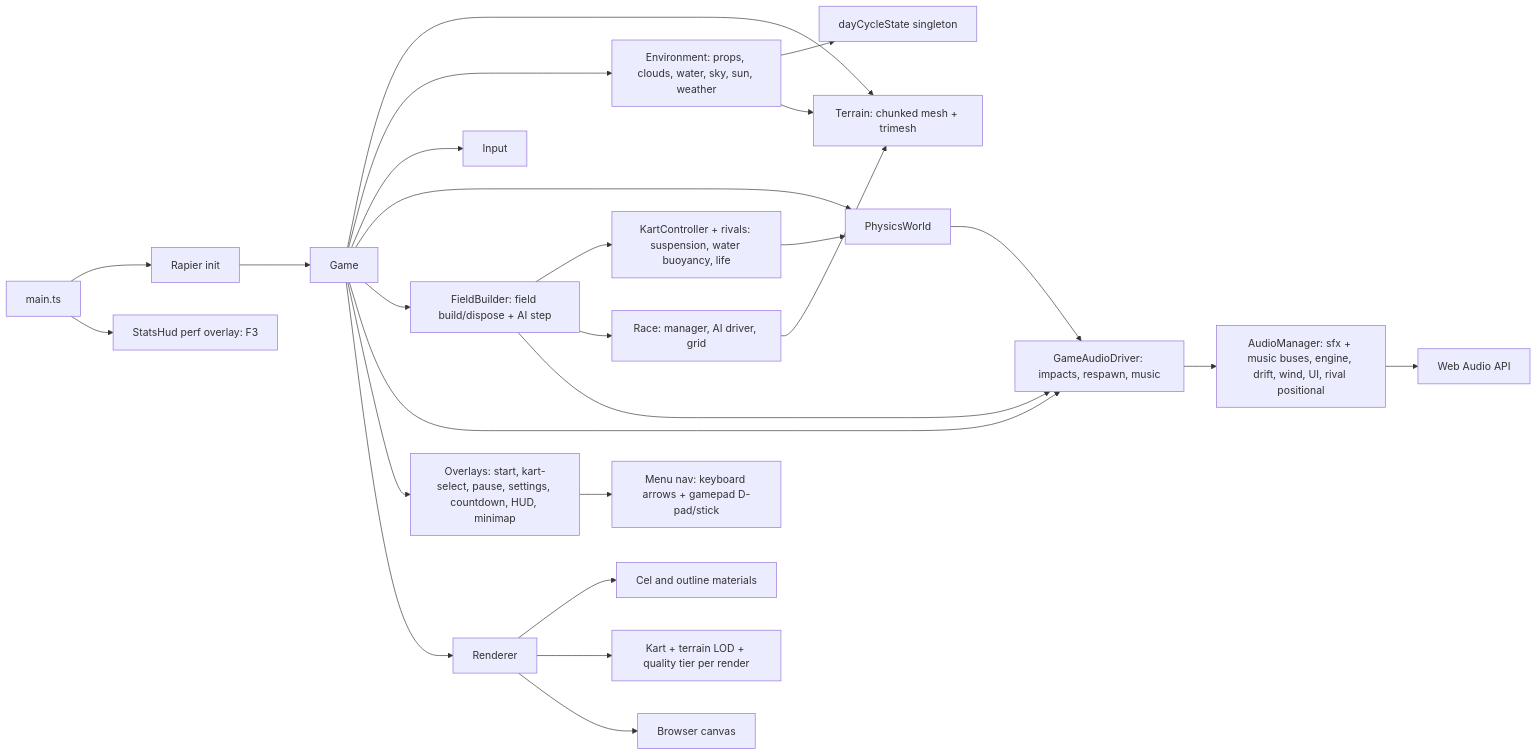
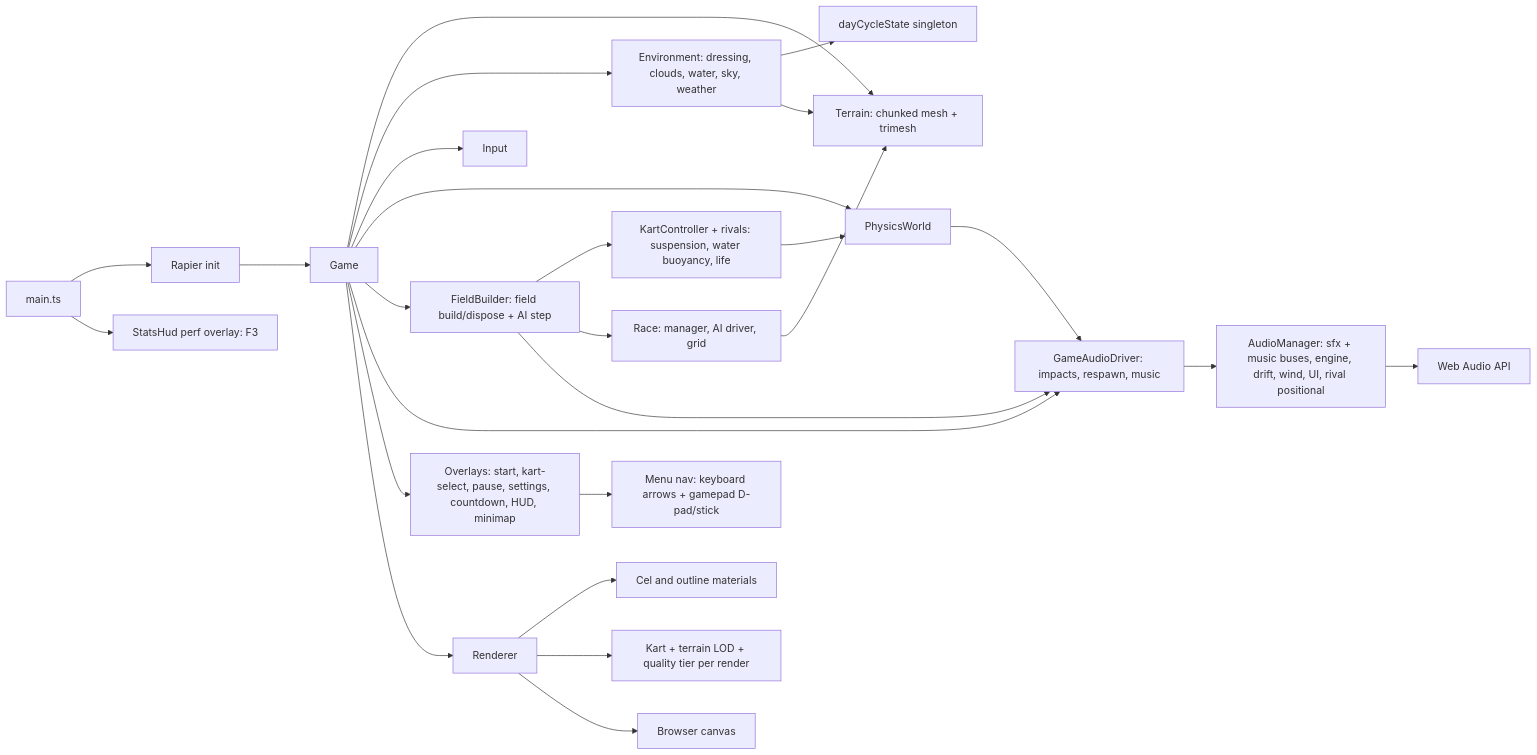
Before and after one commit to jjgroenendijk/cart-game: the diagram in AGENTS.md, drawn with Mermaid. The commit also changed other lines of this file and 30 other files, not shown here.

````diff
--- a/AGENTS.md
+++ b/AGENTS.md
@@ -24,28 +24,28 @@
 ```mermaid
 flowchart LR
   main[main.ts] --> rapier[Rapier init]
   rapier --> game[Game]
   game --> terrain[Terrain: chunked mesh + trimesh]
-  game --> env[Environment: props, clouds, water, sky, sun, weather]
+  game --> env[Environment: dressing, clouds, water, sky, weather]
   env --> dayCycle[dayCycleState singleton]
   env --> terrain
   game --> input[Input]
   game --> physics[PhysicsWorld]
   game --> field[FieldBuilder: field build/dispose + AI step]
   field --> kart[KartController + rivals: suspension, water buoyancy, life]
   field --> race[Race: manager, AI driver, grid]
   kart --> physics
   race --> terrain
   game --> gameAudio[GameAudioDriver: impacts, respawn, music]
   field --> gameAudio
   physics --> gameAudio
   gameAudio --> audio[AudioManager: sfx + music buses, engine, drift, wind, UI, rival positional]
   audio --> webaudio[Web Audio API]
   game --> ui[Overlays: start, kart-select, pause, settings, countdown, HUD, minimap]
   ui --> menuNav[Menu nav: keyboard arrows + gamepad D-pad/stick]
   game --> renderer[Renderer]
   renderer --> materials[Cel and outline materials]
   renderer --> lod[Kart + terrain LOD + quality tier per render]
   renderer --> canvas[Browser canvas]
   main --> statsHud[StatsHud perf overlay: F3]
 ```
````
